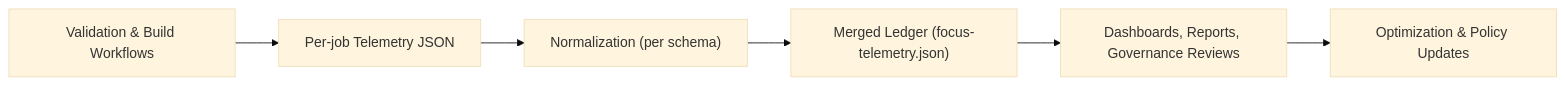
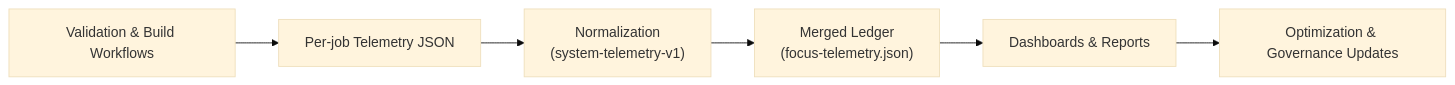
Before and after one commit to bartytime4life/Kansas-Frontier-Matrix: the second of 2 diagrams in docs/telemetry/README.md, drawn with Mermaid (base theme). The commit also changed other lines of this file, not shown here.

````diff
--- a/docs/telemetry/README.md
+++ b/docs/telemetry/README.md
@@ -226,8 +250,8 @@
-```mermaid
+~~~mermaid
 flowchart LR
   A["Validation & Build Workflows"] --> B["Per-job Telemetry JSON"]
-  B --> C["Normalization (per schema)"]
-  C --> D["Merged Ledger (focus-telemetry.json)"]
-  D --> E["Dashboards, Reports, Governance Reviews"]
-  E --> F["Optimization & Policy Updates"]
-```
+  B --> C["Normalization\n(system-telemetry-v1)"]
+  C --> D["Merged Ledger\n(focus-telemetry.json)"]
+  D --> E["Dashboards & Reports"]
+  E --> F["Optimization & Governance Updates"]
+~~~
````
